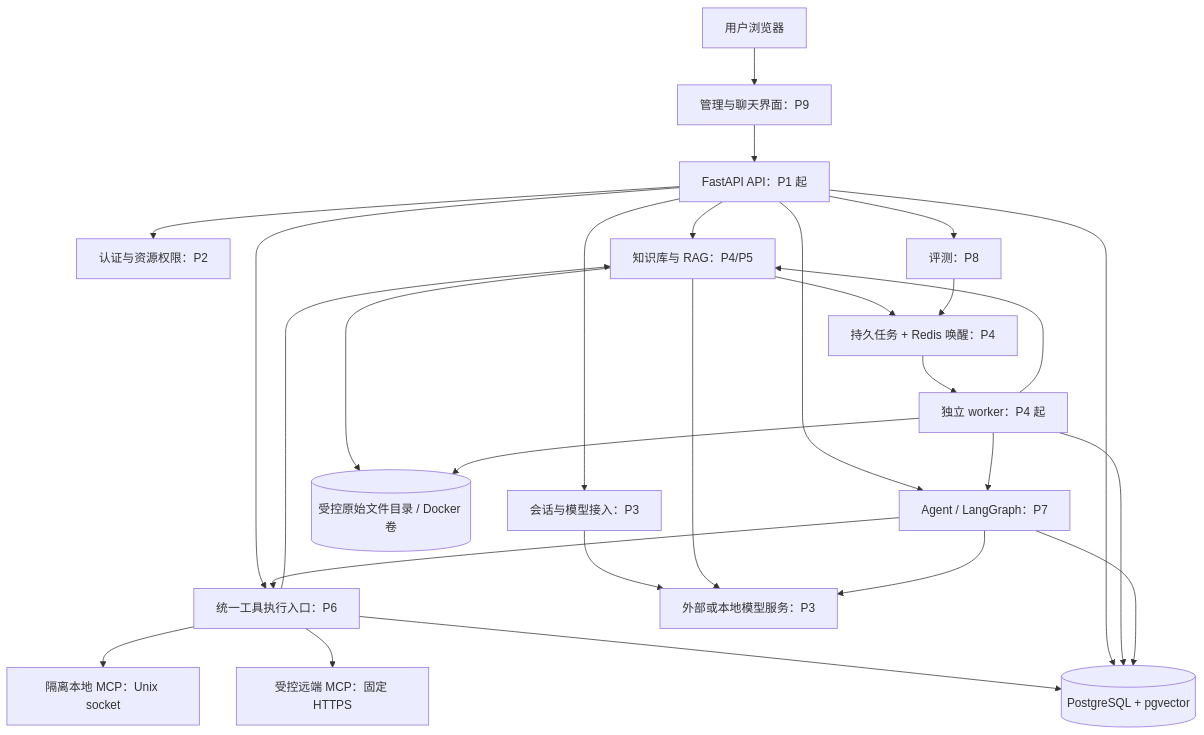
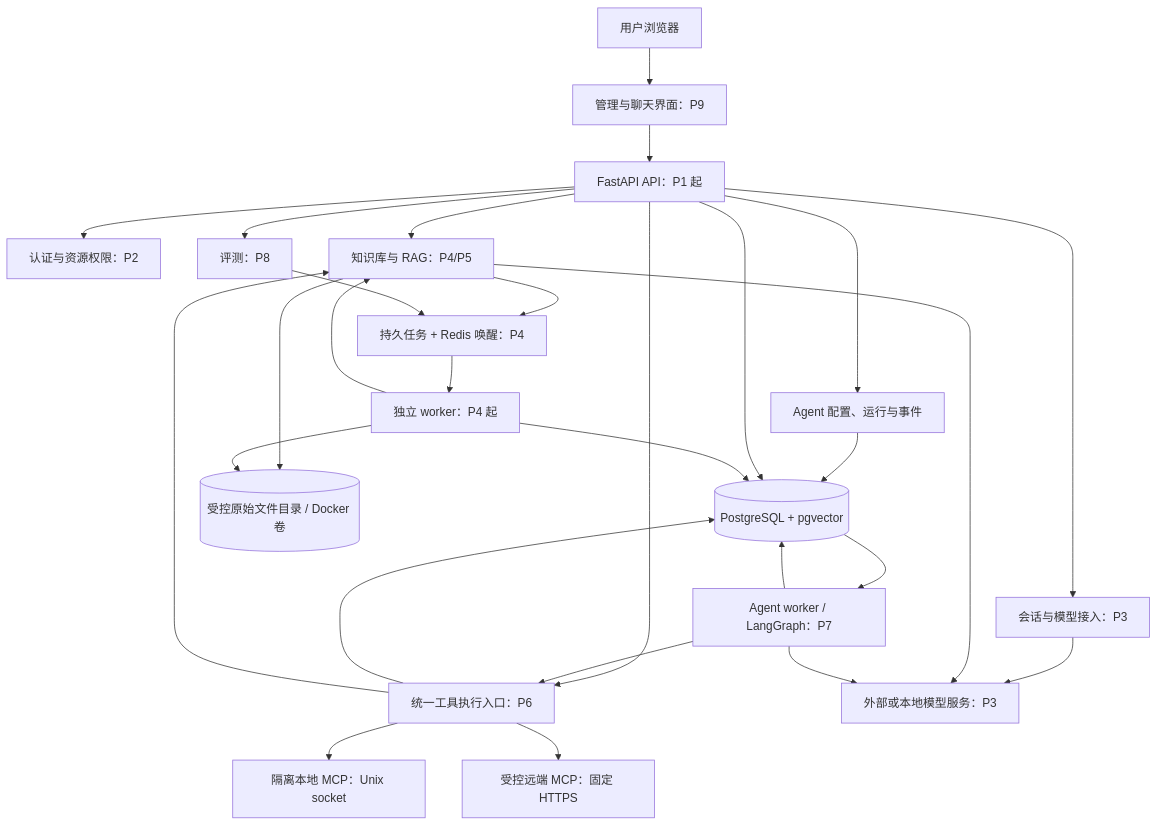
One commit to 3351777344-bot/AgentHub changed the diagram in docs/ARCHITECTURE.md. Above: the diagram before and after it, drawn with Mermaid. The commit also changed other lines of this file and 37 other files, not shown here.

````diff
--- a/docs/ARCHITECTURE.md
+++ b/docs/ARCHITECTURE.md
@@ -21,29 +21,30 @@
 ```mermaid
 flowchart TD
     U[用户浏览器] --> UI[管理与聊天界面：P9]
     UI --> API[FastAPI API：P1 起]
     API --> AUTH[认证与资源权限：P2]
     API --> CHAT[会话与模型接入：P3]
     API --> KB[知识库与 RAG：P4/P5]
-    API --> AG[Agent / LangGraph：P7]
+    API --> RUN[Agent 配置、运行与事件]
+    RUN --> PG
+    PG --> AG[Agent worker / LangGraph：P7]
     API --> EV[评测：P8]
     API --> TOOL[统一工具执行入口：P6]
     KB --> JOB[持久任务 + Redis 唤醒：P4]
     EV --> JOB
     JOB --> W[独立 worker：P4 起]
     W --> KB
-    W --> AG
     AG --> TOOL
     TOOL --> LOCAL[隔离本地 MCP：Unix socket]
     TOOL --> REMOTE[受控远端 MCP：固定 HTTPS]
     TOOL --> PG
     TOOL --> KB
     CHAT --> MODEL[外部或本地模型服务：P3]
     KB --> MODEL
     AG --> MODEL
     API --> PG[(PostgreSQL + pgvector)]
     W --> PG
     AG --> PG
     KB --> FILES[(受控原始文件目录 / Docker 卷)]
     W --> FILES
 ```
````
